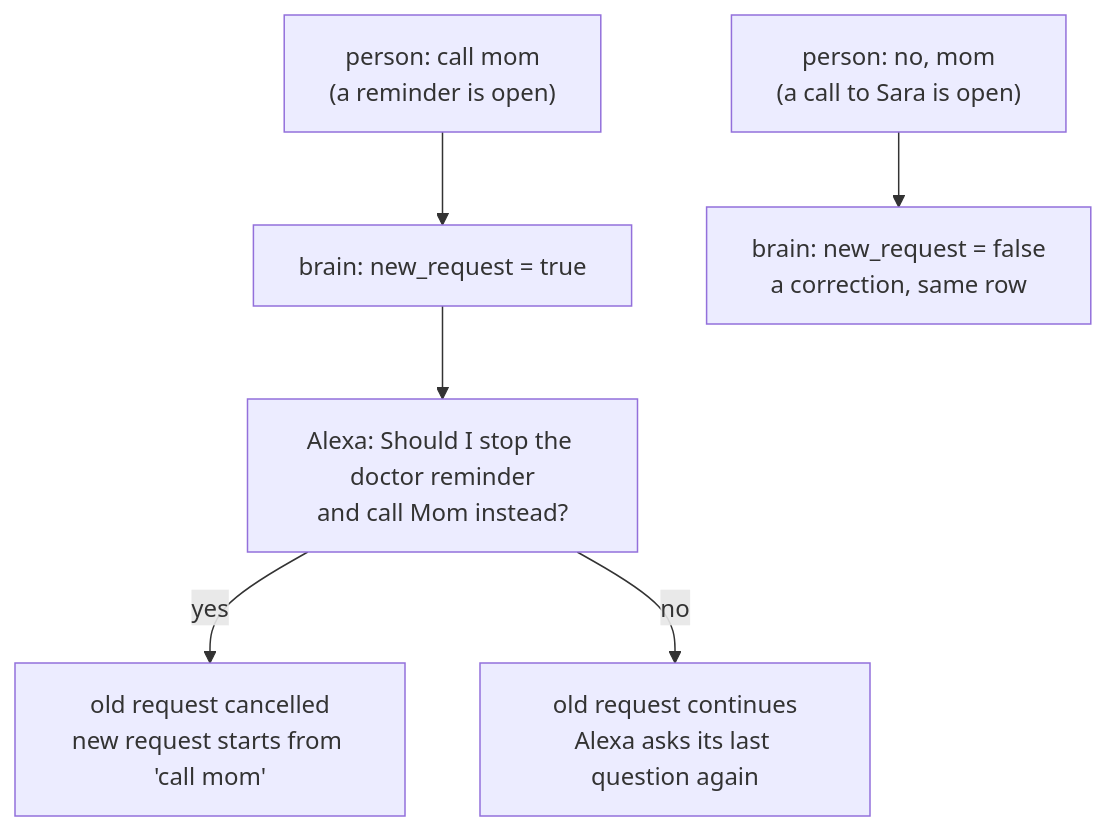
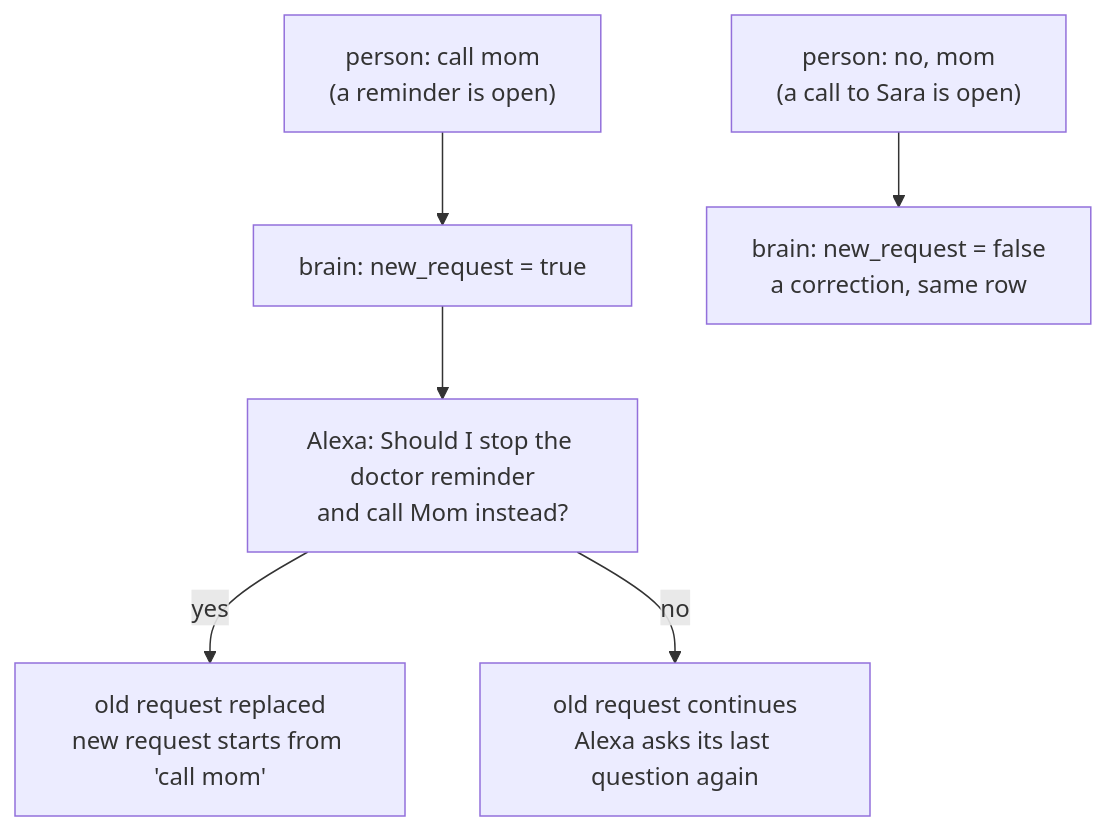
The diagram in docs/branches/feature-new-request.md (Eihab4/Speech-Resilient-Alexa), drawn with Mermaid before and after one commit. The commit also changed other lines of this file and 2 other files, not shown here.

````diff
--- a/docs/branches/feature-new-request.md
+++ b/docs/branches/feature-new-request.md
@@ -11,8 +11,8 @@
 ```mermaid
 flowchart TD
     H["person: call mom<br/>(a reminder is open)"] --> B["brain: new_request = true"]
     B --> Q["Alexa: Should I stop the doctor reminder<br/>and call Mom instead?"]
-    Q -->|yes| N["old request cancelled<br/>new request starts from 'call mom'"]
+    Q -->|yes| N["old request replaced<br/>new request starts from 'call mom'"]
     Q -->|no| O["old request continues<br/>Alexa asks its last question again"]
     H2["person: no, mom<br/>(a call to Sara is open)"] --> C["brain: new_request = false<br/>a correction, same row"]
 ```
````
